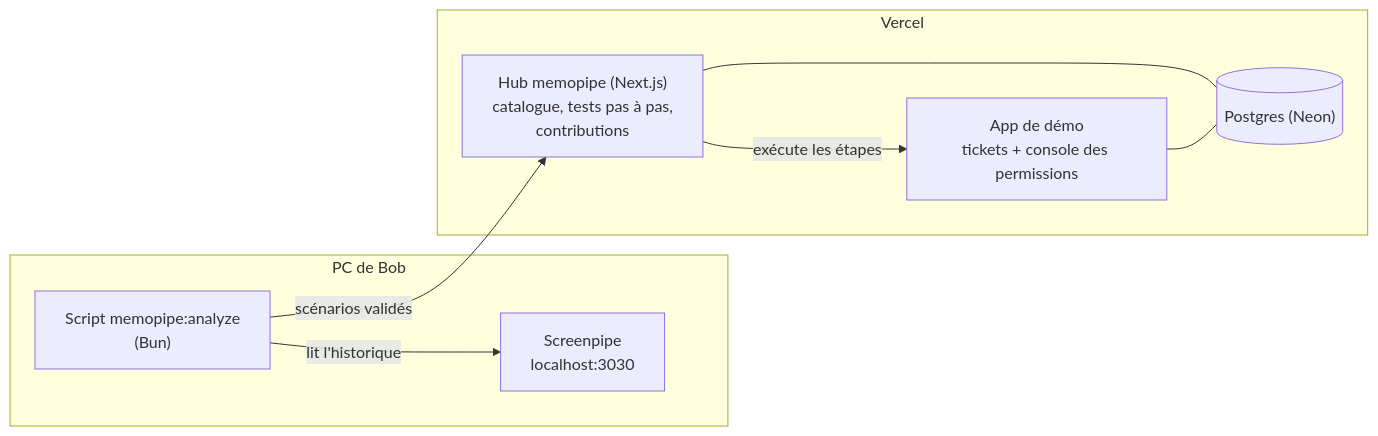
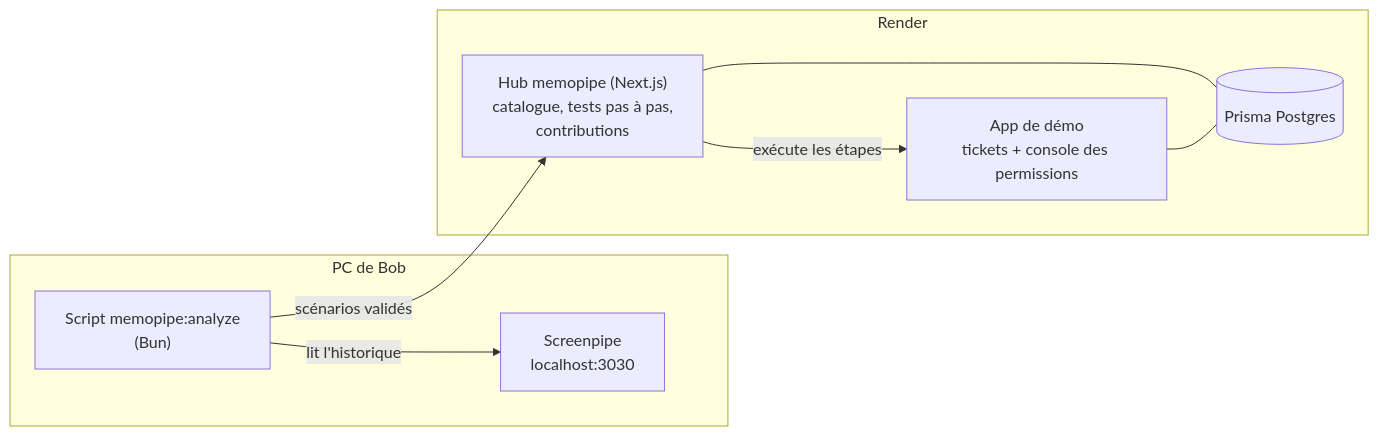
One commit to YC27-memopipe/memopipe-serv changed the diagram in ARCHITECTURE.md. Above: the diagram before and after it, drawn with Mermaid. The commit also changed other lines of this file and 6 other files, not shown here.

Commit message:
Prisma Postgres : pilote pg et garde DATABASE_URL

````diff
--- a/ARCHITECTURE.md
+++ b/ARCHITECTURE.md
@@ -33,17 +33,17 @@
 ```mermaid
 flowchart LR
     subgraph PC["PC de Bob"]
         SP["Screenpipe<br/>localhost:3030"]
         SC["Script memopipe:analyze<br/>(Bun)"]
         SC -->|"lit l'historique"| SP
     end
-    subgraph V["Vercel"]
+    subgraph V["Render"]
         HUB["Hub memopipe (Next.js)<br/>catalogue, tests pas à pas,<br/>contributions"]
         DEMO["App de démo<br/>tickets + console des permissions"]
-        DB[("Postgres (Neon)")]
+        DB[("Prisma Postgres")]
         HUB --- DB
         DEMO --- DB
     end
     SC -->|"scénarios validés"| HUB
     HUB -->|"exécute les étapes"| DEMO
 ```
````
